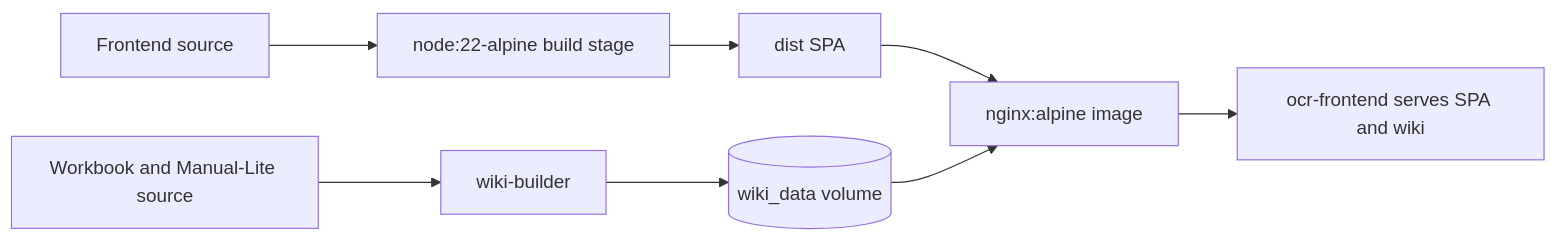
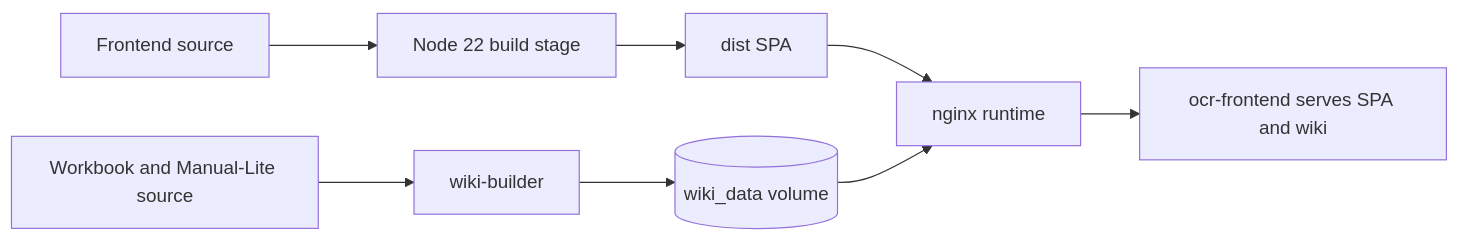
One commit to RobChaykoski/opencyberrange changed the fifth of 6 diagrams in Manual-Lite/00_Server_Deployment/06_Architecture.md. Above: the diagram before and after it, drawn with Mermaid. The commit also changed other lines of this file and 38 other files, not shown here.

````diff
--- a/Manual-Lite/00_Server_Deployment/06_Architecture.md
+++ b/Manual-Lite/00_Server_Deployment/06_Architecture.md
@@ -108,10 +156,10 @@
 ```mermaid
 flowchart LR
-    Src[Frontend source] --> Node[node:22-alpine build stage]
+    Src[Frontend source] --> Node[Node 22 build stage]
     Node --> Dist[dist SPA]
-    Dist --> Nginx[nginx:alpine image]
+    Dist --> Nginx[nginx runtime]
     Docs[Workbook and Manual-Lite source] --> Builder[wiki-builder]
     Builder --> Volume[(wiki_data volume)]
     Volume --> Nginx
     Nginx --> FE[ocr-frontend serves SPA and wiki]
 ```
````
